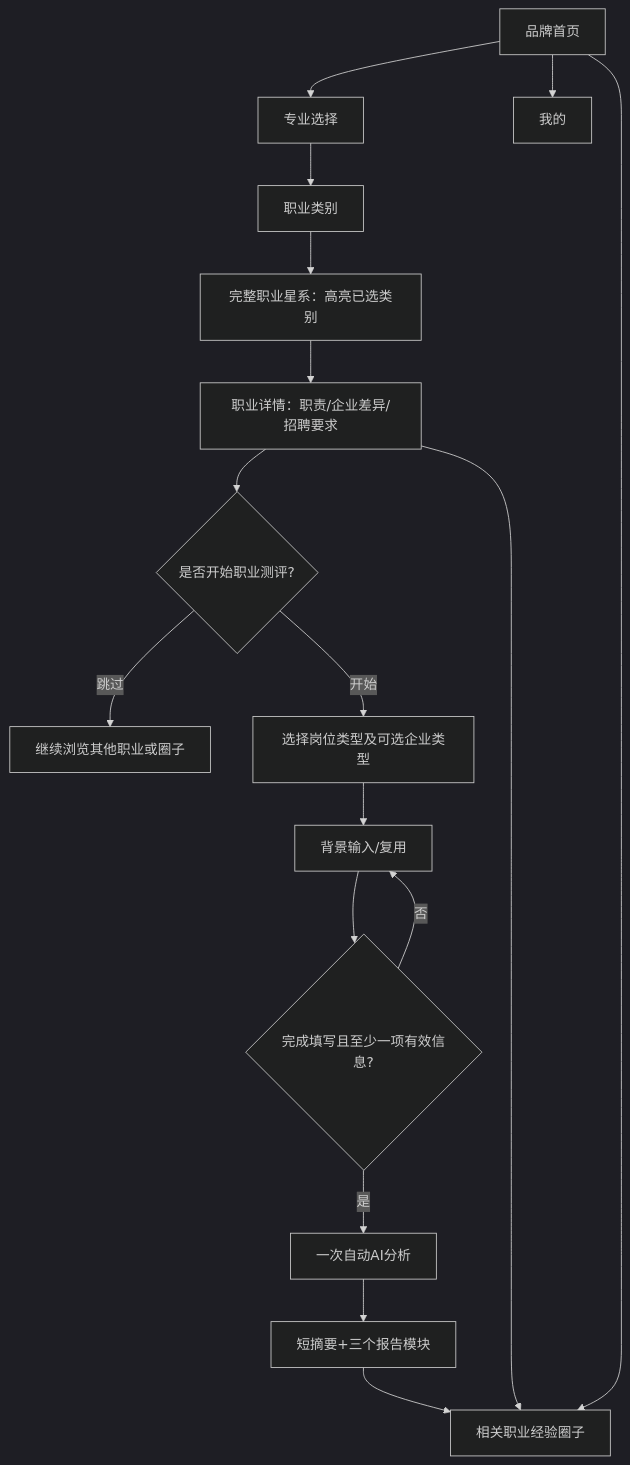
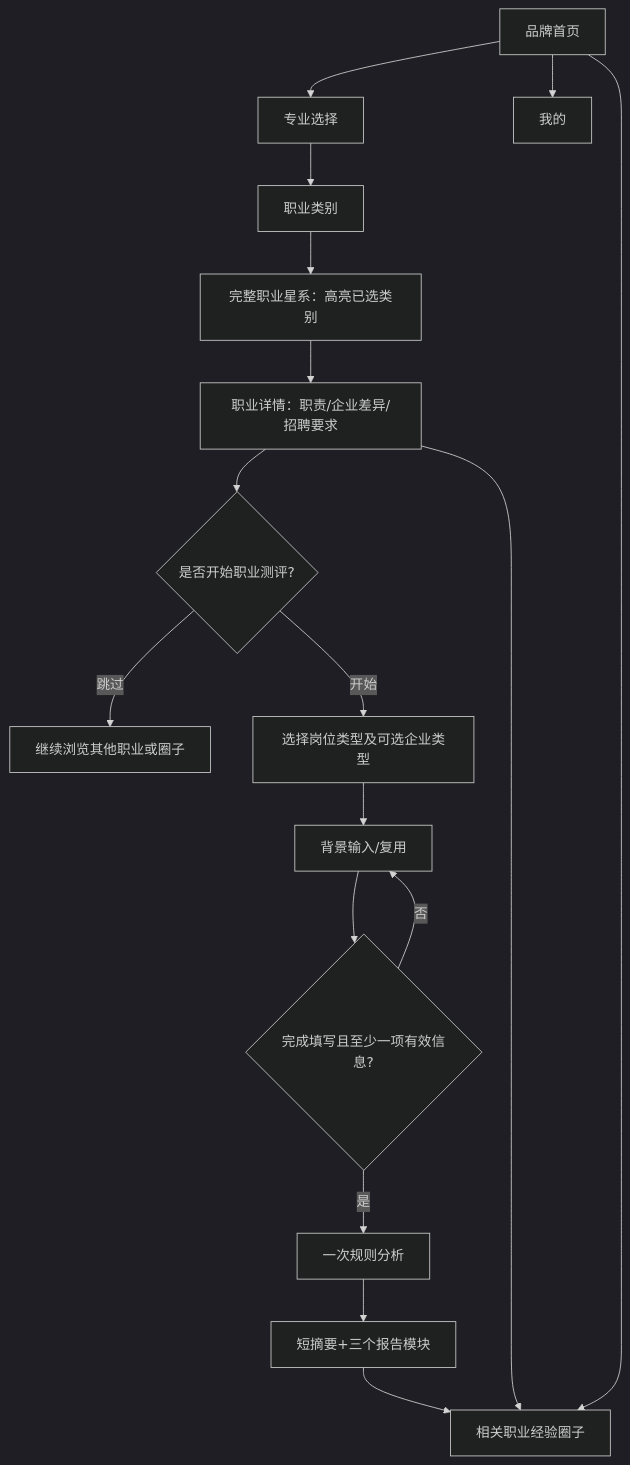
Before and after one commit to zhangyue2029-cmd/our_website: the first of 3 diagrams in memory-bank/design-document.md, drawn with Mermaid (dark theme). The commit also changed other lines of this file and 14 other files, not shown here.

````diff
--- a/memory-bank/design-document.md
+++ b/memory-bank/design-document.md
@@ -80,19 +80,19 @@
 ```mermaid
 flowchart TD
   H[品牌首页] --> M[专业选择]
   M --> C[职业类别]
   C --> G[完整职业星系：高亮已选类别]
   G --> D[职业详情：职责/企业差异/招聘要求]
   D --> Q{是否开始职业测评?}
   Q -->|跳过| X[继续浏览其他职业或圈子]
   Q -->|开始| S[选择岗位类型及可选企业类型]
   S --> B[背景输入/复用]
   B --> V{完成填写且至少一项有效信息?}
   V -->|否| B
-  V -->|是| A[一次自动AI分析]
+  V -->|是| A[一次规则分析]
   A --> R[短摘要+三个报告模块]
   R --> K[相关职业经验圈子]
   D --> K
   H --> K
   H --> MY[我的]
 ```
````
